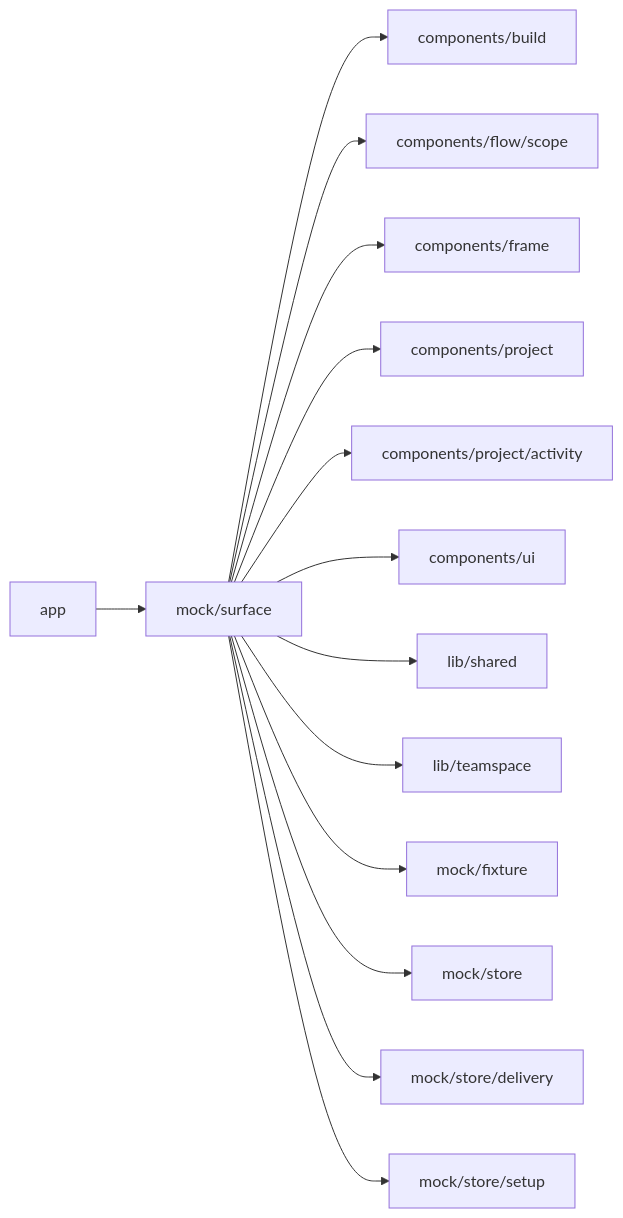
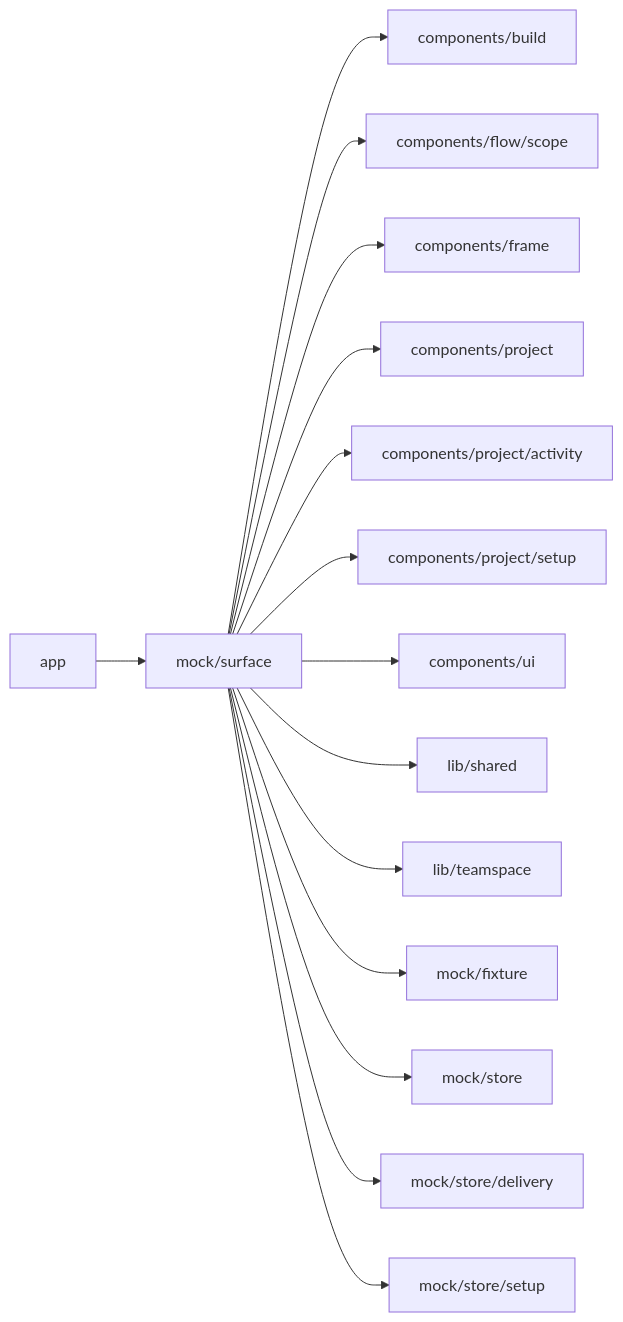
One commit to superdurable/superverse changed the diagram in web/studio/mock/surface/README.md. Above: the diagram before and after it, drawn with Mermaid. The commit also changed other lines of this file and 278 other files, not shown here.

````diff
--- a/web/studio/mock/surface/README.md
+++ b/web/studio/mock/surface/README.md
@@ -10,17 +10,18 @@
 ```mermaid
 flowchart LR
   self["mock/surface"]
   c0["app"] --> self
   self --> d0["components/build"]
   self --> d1["components/flow/scope"]
   self --> d2["components/frame"]
   self --> d3["components/project"]
   self --> d4["components/project/activity"]
-  self --> d5["components/ui"]
-  self --> d6["lib/shared"]
-  self --> d7["lib/teamspace"]
-  self --> d8["mock/fixture"]
-  self --> d9["mock/store"]
-  self --> d10["mock/store/delivery"]
-  self --> d11["mock/store/setup"]
+  self --> d5["components/project/setup"]
+  self --> d6["components/ui"]
+  self --> d7["lib/shared"]
+  self --> d8["lib/teamspace"]
+  self --> d9["mock/fixture"]
+  self --> d10["mock/store"]
+  self --> d11["mock/store/delivery"]
+  self --> d12["mock/store/setup"]
 ```
````
